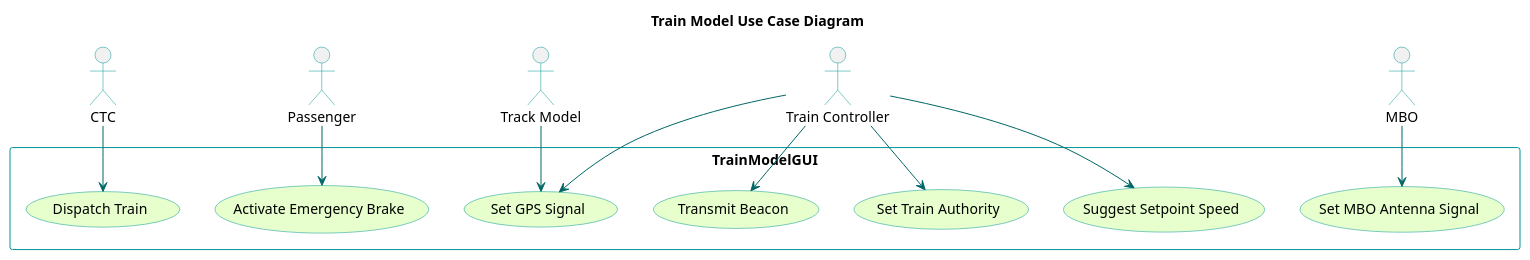
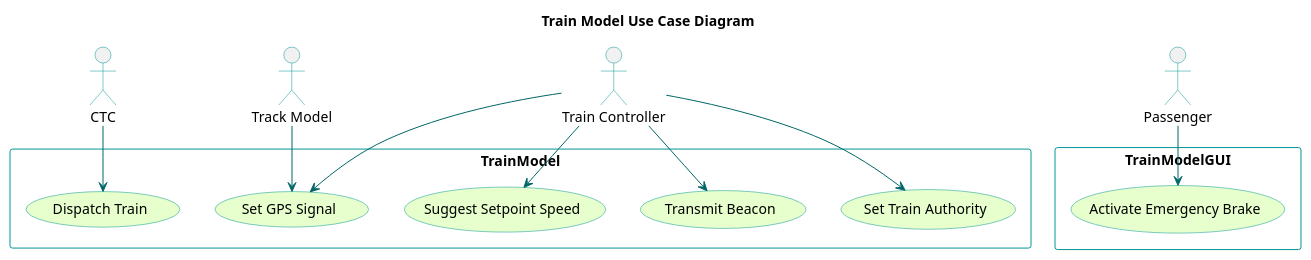
One commit to kevingilboy/COE1186 changed the diagram in TrainSystem/yUML/Usecase Diagrams/TrainModelUseCaseDiagram.puml. Above: the diagram before and after it, drawn with PlantUML. The commit also changed 5 other files, not shown here.

```diff
--- a/TrainSystem/yUML/Usecase Diagrams/TrainModelUseCaseDiagram.puml
+++ b/TrainSystem/yUML/Usecase Diagrams/TrainModelUseCaseDiagram.puml
@@ -1,38 +1,35 @@
 @startuml
 
 title Train Model Use Case Diagram
 'skinparam backgroundColor transparent'
 skinparam usecaseBackgroundColor #e6ffcc
 skinparam usecaseBorderColor 	#049595
 skinparam actorBorderColor 	#049595
 skinparam packageBorderCOlor  #049595
 skinparam arrowColor #006666
 
 :CTC: as ctc
 :Passenger: as p
 :Track Model: as tkm
 :Train Controller: as tnc
-:MBO: as mbo
 
 rectangle TrainModelGUI{
+	(Activate Emergency Brake)
+}
+
+rectangle TrainModel{
     (Dispatch Train)
-	(Activate Emergency Brake)
     (Suggest Setpoint Speed)
     (Set Train Authority)
     (Set GPS Signal)
     (Transmit Beacon)
-    (Set MBO Antenna Signal)
 }
-
 ctc --> (Dispatch Train)
 p --> (Activate Emergency Brake)
 tkm --> (Set GPS Signal)
 tnc --> (Set GPS Signal)
 tnc --> (Transmit Beacon)
 tnc --> (Suggest Setpoint Speed)
 tnc --> (Set Train Authority)
-mbo --> (Set MBO Antenna Signal)
 
-
-    
 @enduml
```
